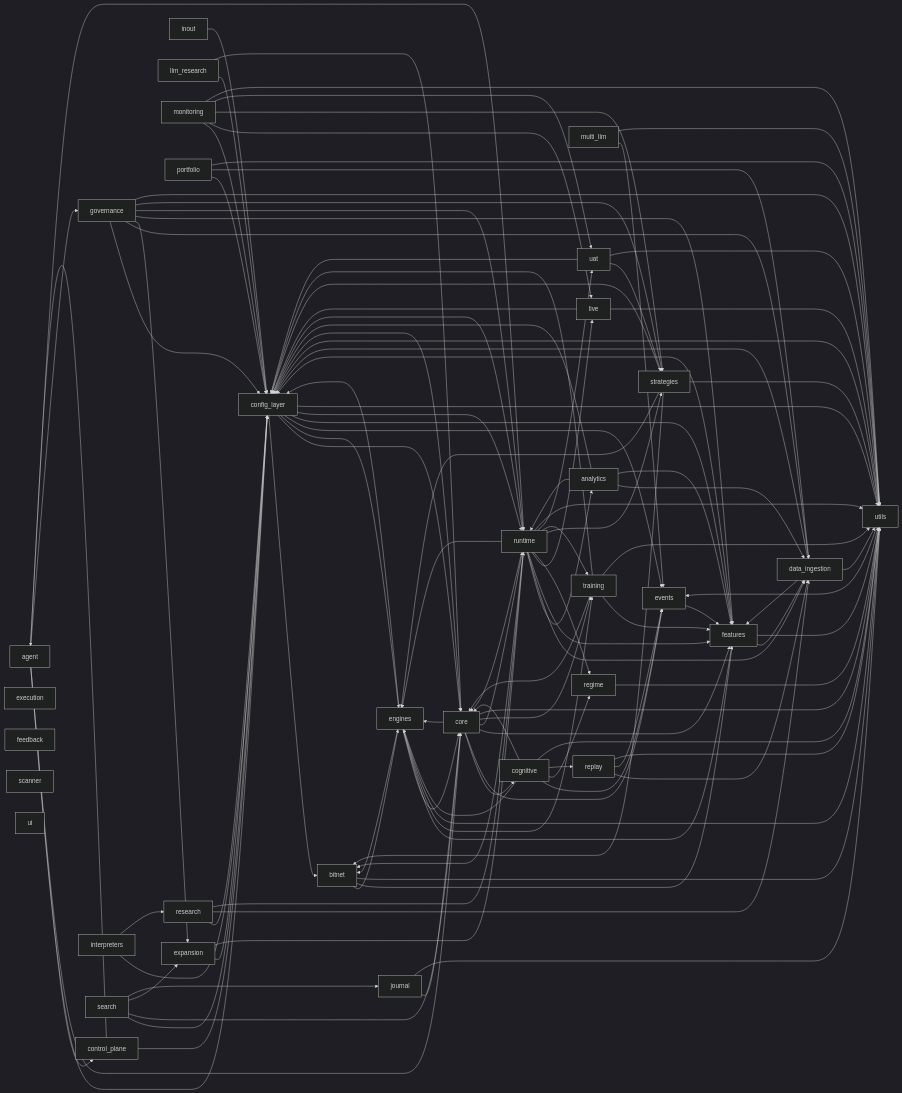
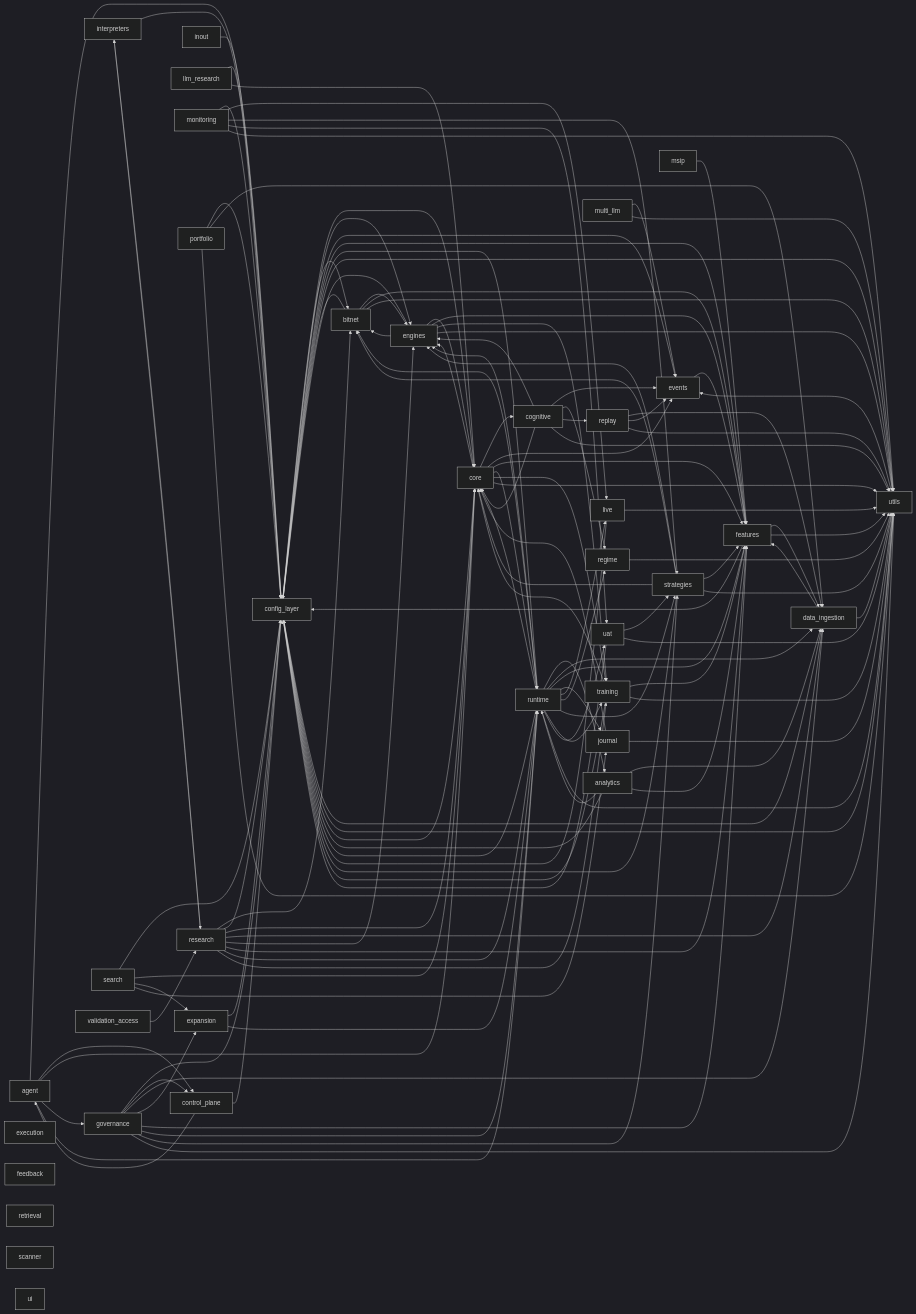
One commit to Chaithu1995-0312/TradeHlt changed the first of 38 diagrams in docs/architecture/code-map.generated.md. Above: the diagram before and after it, drawn with Mermaid (dark theme). The commit also changed other lines of this file and 159 other files, not shown here.

````diff
--- a/docs/architecture/code-map.generated.md
+++ b/docs/architecture/code-map.generated.md
@@ -29,11 +29,13 @@
     live["live"]
     llm_research["llm_research"]
     monitoring["monitoring"]
+    msip["msip"]
     multi_llm["multi_llm"]
     portfolio["portfolio"]
     regime["regime"]
     replay["replay"]
     research["research"]
+    retrieval["retrieval"]
     runtime["runtime"]
     scanner["scanner"]
     search["search"]
@@ -42,6 +44,7 @@
     uat["uat"]
     ui["ui"]
     utils["utils"]
+    validation_access["validation_access"]
     agent --> config_layer
     agent --> control_plane
     agent --> core
@@ -51,6 +54,7 @@
     analytics --> data_ingestion
     analytics --> features
     analytics --> runtime
+    bitnet --> config_layer
     bitnet --> engines
     bitnet --> features
     bitnet --> utils
@@ -93,6 +97,7 @@
     features --> data_ingestion
     features --> utils
     governance --> config_layer
+    governance --> control_plane
     governance --> data_ingestion
     governance --> expansion
     governance --> features
@@ -113,6 +118,7 @@
     monitoring --> strategies
     monitoring --> uat
     monitoring --> utils
+    msip --> features
     multi_llm --> events
     multi_llm --> utils
     portfolio --> config_layer
@@ -122,9 +128,15 @@
     replay --> data_ingestion
     replay --> events
     replay --> utils
+    research --> bitnet
     research --> config_layer
+    research --> core
     research --> data_ingestion
+    research --> engines
+    research --> features
+    research --> interpreters
     research --> runtime
+    research --> training
     runtime --> analytics
     runtime --> bitnet
     runtime --> config_layer
@@ -132,6 +144,7 @@
     runtime --> data_ingestion
     runtime --> engines
     runtime --> features
+    runtime --> journal
     runtime --> live
     runtime --> regime
     runtime --> strategies
@@ -144,7 +157,9 @@
     search --> journal
     strategies --> bitnet
     strategies --> config_layer
+    strategies --> core
     strategies --> engines
+    strategies --> features
     strategies --> utils
     training --> config_layer
     training --> core
@@ -155,4 +170,5 @@
     uat --> utils
     utils --> config_layer
     utils --> events
+    validation_access --> research
 ```
````
